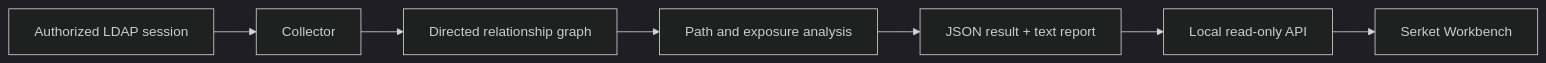
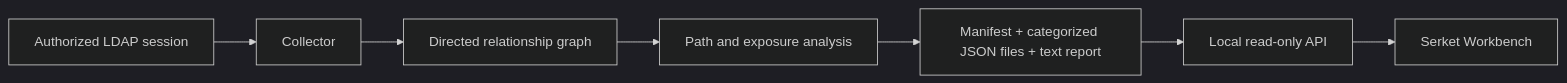
The diagram in README.md (araizcorp/Serket), drawn with Mermaid (dark theme) before and after one commit. The commit also changed other lines of this file and 17 other files, not shown here.

Commit message:
Fix LDAP graph coverage and split result bundles

````diff
--- a/README.md
+++ b/README.md
@@ -46,9 +47,9 @@
 ```mermaid
 flowchart LR
     A["Authorized LDAP session"] --> B["Collector"]
     B --> C["Directed relationship graph"]
     C --> D["Path and exposure analysis"]
-    D --> E["JSON result + text report"]
+    D --> E["Manifest + categorized JSON files + text report"]
     E --> F["Local read-only API"]
     F --> G["Serket Workbench"]
 ```
````
